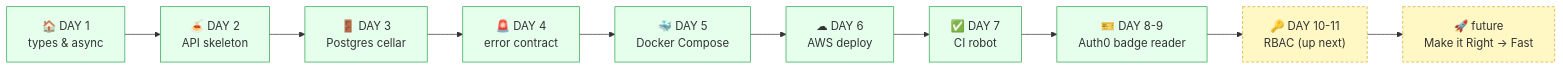
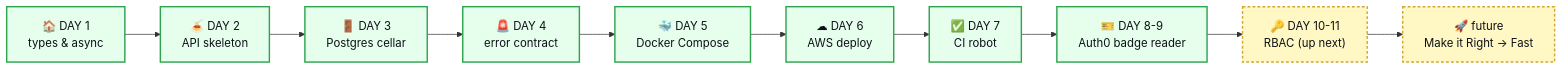
The second of 4 diagrams in README.md (ratneshmurugesan/tech-foundry), drawn with Mermaid before and after one commit. The commit also changed other lines of this file, not shown here.

First line of the commit message:
docs(README): readable black diagram text + add a real-dates caption under the Journey Map

````diff
--- a/README.md
+++ b/README.md
@@ -70,18 +70,18 @@
 ```mermaid
 flowchart LR
   D1["🏠 DAY 1<br/>types & async"]
   D2["🍝 DAY 2<br/>API skeleton"]
   D3["🚪 DAY 3<br/>Postgres cellar"]
   D4["🚨 DAY 4<br/>error contract"]
   D5["🐳 DAY 5<br/>Docker Compose"]
   D6["☁ DAY 6<br/>AWS deploy"]
   D7["✅ DAY 7<br/>CI robot"]
   D8["🎫 DAY 8-9<br/>Auth0 badge reader"]
   D10["🔑 DAY 10-11<br/>RBAC (up next)"]
   F["🚀 future<br/>Make it Right → Fast"]
   D1 --> D2 --> D3 --> D4 --> D5 --> D6 --> D7 --> D8 --> D10 --> F
-  classDef done fill:#e6ffed,stroke:#2ea44f,stroke-width:1px;
-  classDef next fill:#fff8c5,stroke:#d4a72c,stroke-width:1px,stroke-dasharray:4 3;
+  classDef done fill:#e6ffed,stroke:#2ea44f,stroke-width:2px,color:#0d1117;
+  classDef next fill:#fff8c5,stroke:#d4a72c,stroke-width:2px,stroke-dasharray:4 3,color:#0d1117;
   class D1,D2,D3,D4,D5,D6,D7,D8 done;
   class D10,F next;
 ```
````
